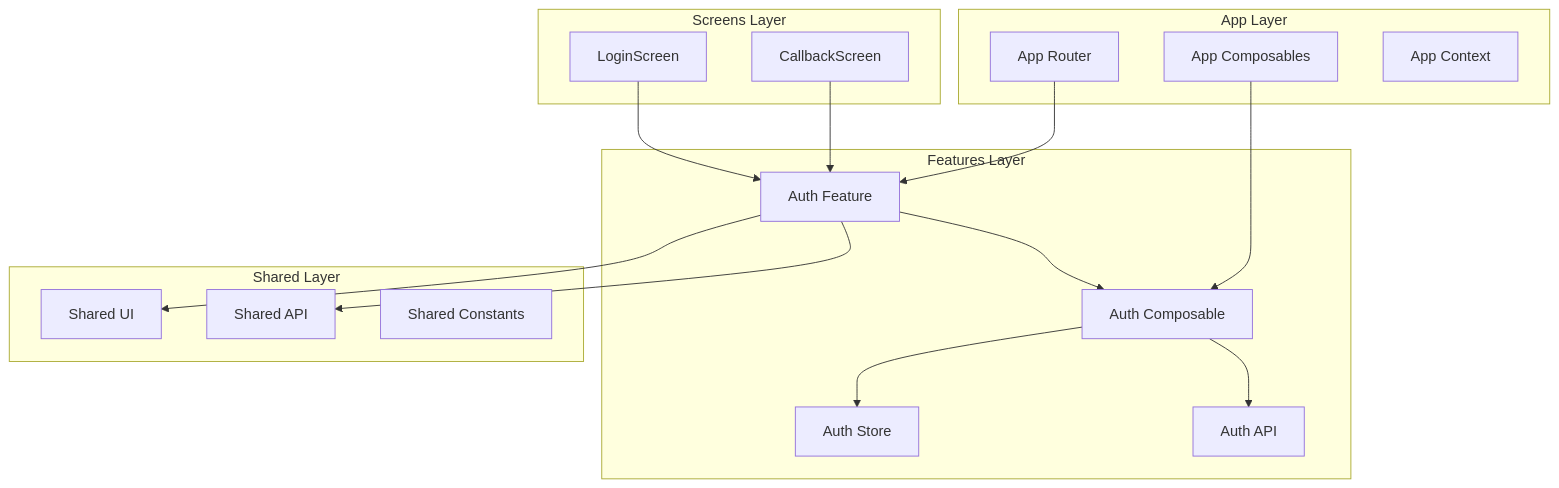
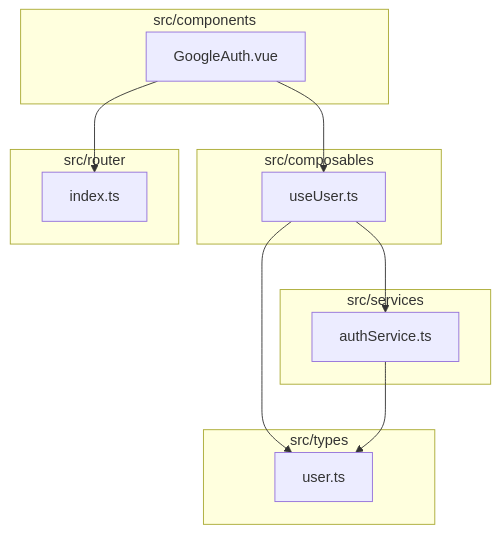
One commit to myantyuWorld/stackies-with-cc changed the eighth of 27 diagrams in docs/auth-system-design.md. Above: the diagram before and after it, drawn with Mermaid. The commit also changed other lines of this file and 13 other files, not shown here.

First line of the commit message:
Feature/login connectivity (#19)

````diff
--- a/docs/auth-system-design.md
+++ b/docs/auth-system-design.md
@@ -194,36 +168,28 @@
 ```mermaid
 graph TB
-    subgraph "App Layer"
-        A[App Router]
-        B[App Composables]
-        C[App Context]
+    subgraph "src/components"
+        A[GoogleAuth.vue]
     end
     
-    subgraph "Screens Layer"
-        D[LoginScreen]
-        E[CallbackScreen]
+    subgraph "src/composables"
+        B[useUser.ts]
     end
     
-    subgraph "Features Layer"
-        F[Auth Feature]
-        G[Auth Composable]
-        H[Auth Store]
-        I[Auth API]
+    subgraph "src/services"
+        C[authService.ts]
     end
     
-    subgraph "Shared Layer"
-        J[Shared UI]
-        K[Shared API]
-        L[Shared Constants]
+    subgraph "src/types"
+        D[user.ts]
     end
     
-    D --> F
-    E --> F
-    F --> G
-    G --> H
-    G --> I
-    F --> J
-    F --> K
-    A --> F
-    B --> G
+    subgraph "src/router"
+        E[index.ts]
+    end
+    
+    A --> B
+    B --> C
+    B --> D
+    A --> E
+    C --> D
 ```
````
